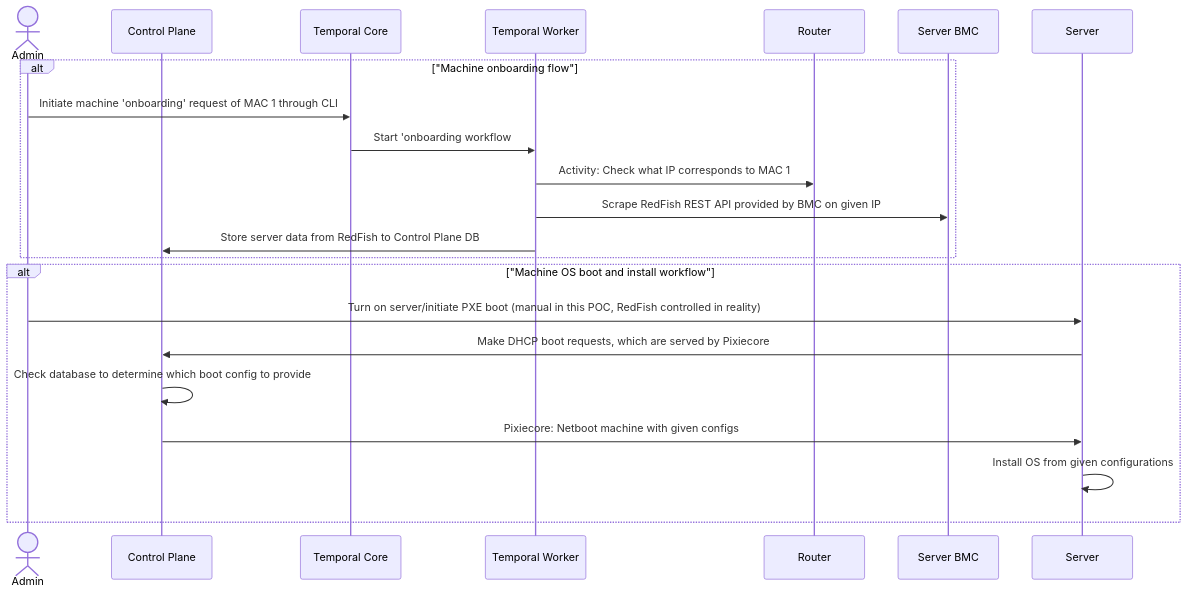
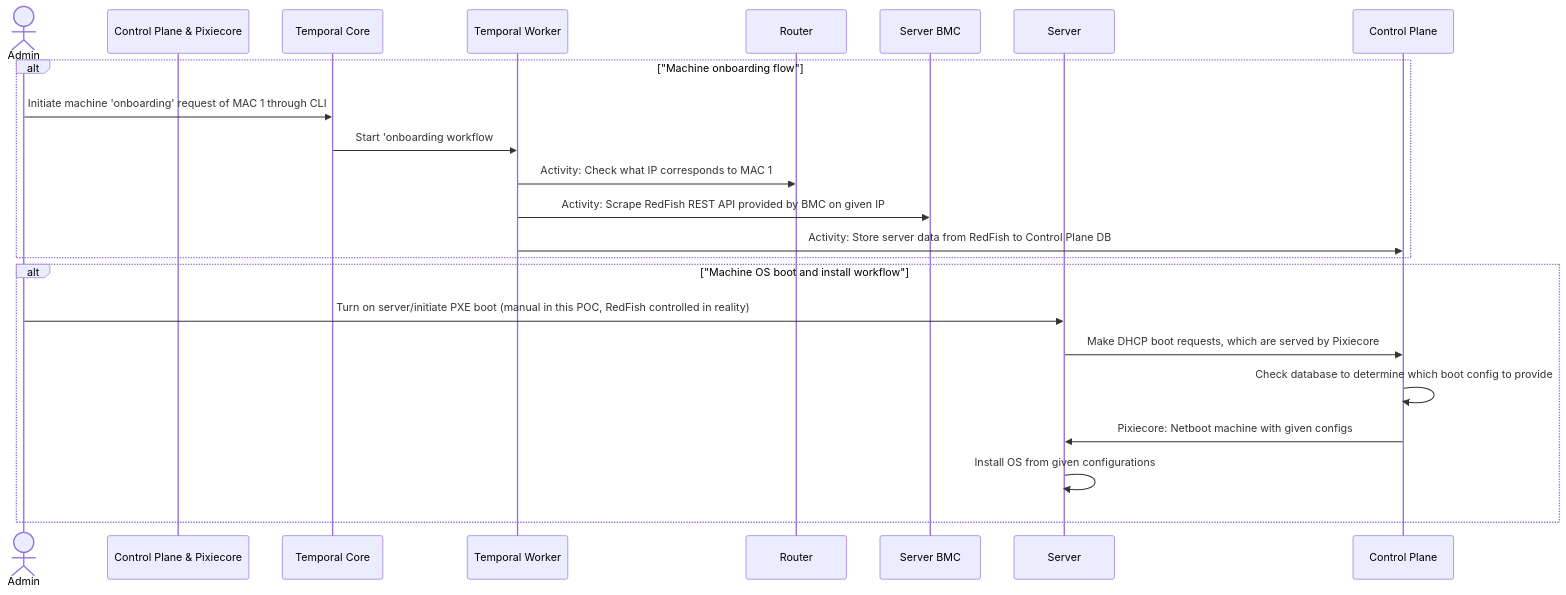
Before and after one commit to Antvirf/metal-control-plane-mockup: the diagram in README.md, drawn with Mermaid. The commit also changed other lines of this file and 2 other files, not shown here.

````diff
--- a/README.md
+++ b/README.md
@@ -9,27 +11,27 @@
 ```mermaid
 sequenceDiagram
 
 actor Admin
-participant Control Plane
+participant Control Plane & Pixiecore
 participant Temporal Core
 participant Temporal Worker
 participant Router
 participant Server BMC
 participant Server
 
 alt "Machine onboarding flow"
 Admin->>Temporal Core: Initiate machine 'onboarding' request of MAC 1 through CLI
 Temporal Core->>Temporal Worker: Start 'onboarding workflow
 Temporal Worker->>Router: Activity: Check what IP corresponds to MAC 1
-Temporal Worker->>Server BMC: Scrape RedFish REST API provided by BMC on given IP
-Temporal Worker->>Control Plane: Store server data from RedFish to Control Plane DB
+Temporal Worker->>Server BMC: Activity: Scrape RedFish REST API provided by BMC on given IP
+Temporal Worker->>Control Plane: Activity: Store server data from RedFish to Control Plane DB
 end
 
 alt "Machine OS boot and install workflow"
 Admin->>Server: Turn on server/initiate PXE boot (manual in this POC, RedFish controlled in reality)
 Server->>Control Plane: Make DHCP boot requests, which are served by Pixiecore
 Control Plane->>Control Plane: Check database to determine which boot config to provide
 Control Plane->>Server: Pixiecore: Netboot machine with given configs
 Server->>Server: Install OS from given configurations
 end
 ```
````
